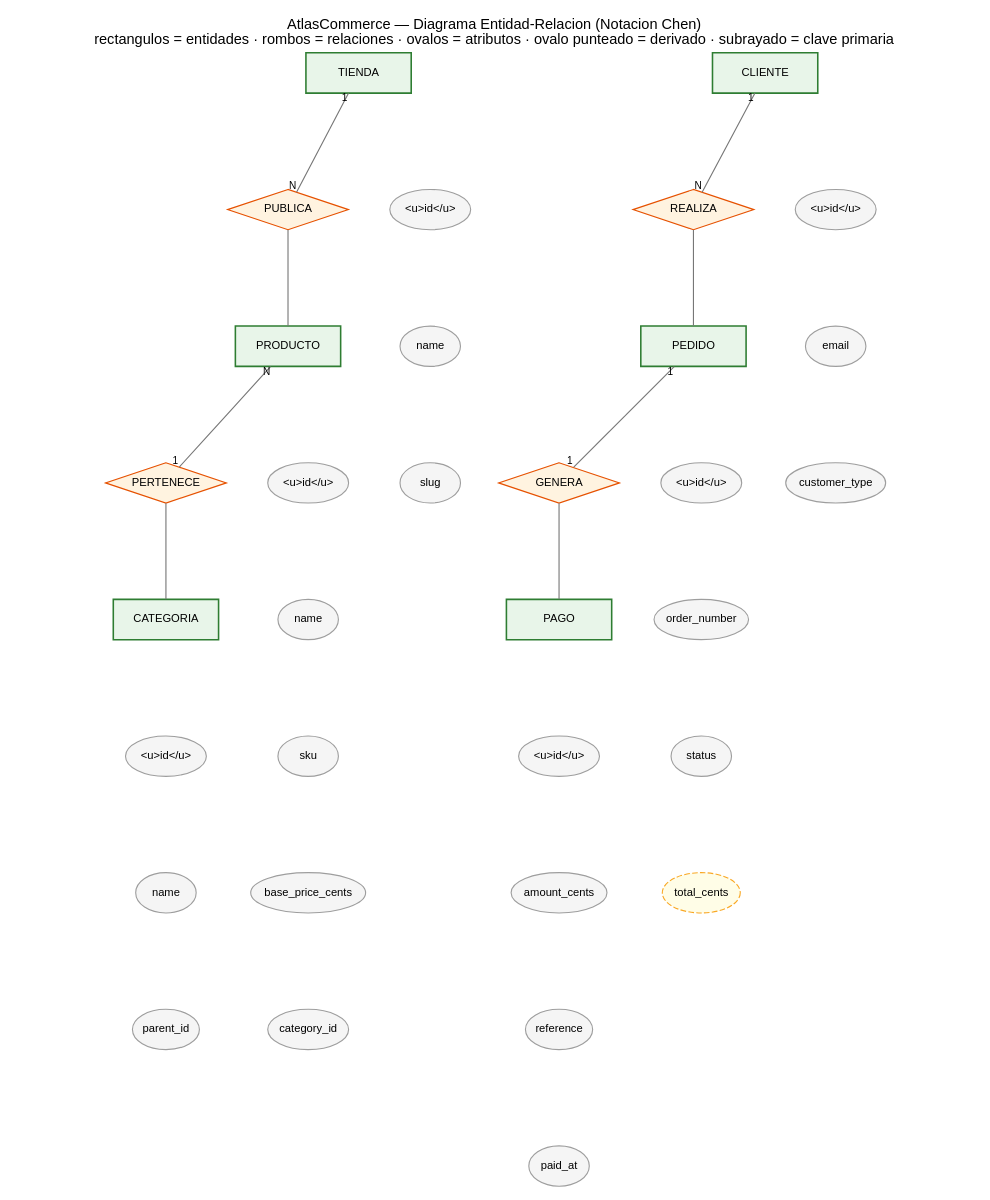
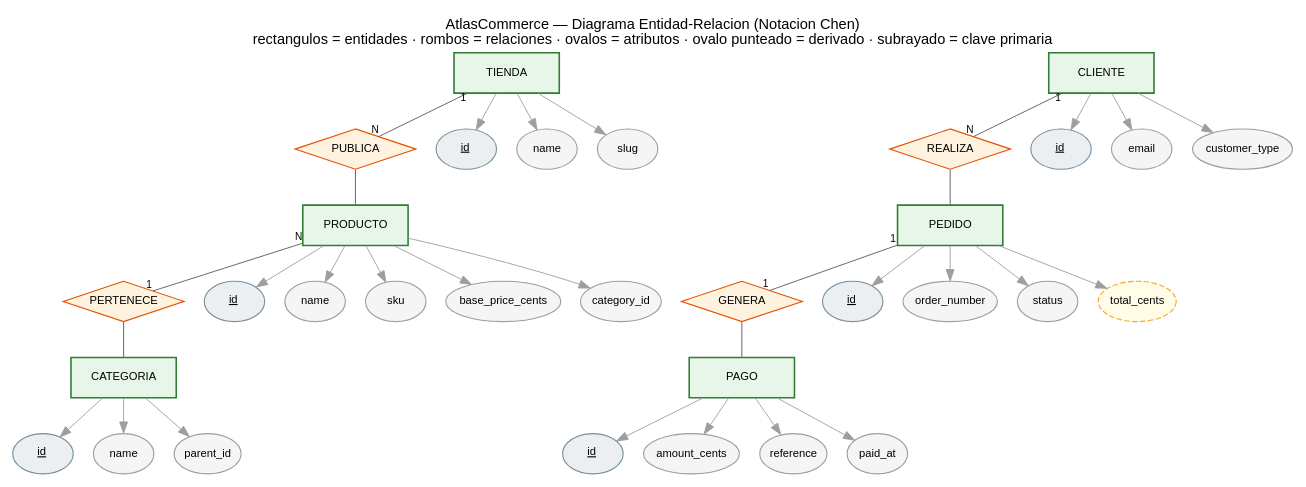
One commit to D4nitrix13/AtlasCommerce changed the diagram in docs/uml/9.3-diagrama-chen.dot. Above: the diagram before and after it, drawn with Graphviz.

Commit message:
fix(uml): conectar los atributos a sus entidades en el diagrama Chen
El render anterior era ilegible por dos defectos:

1. Las claves primarias salian como texto literal "&lt;u&gt;id&lt;/u&gt;". En DOT
   la etiqueta HTML va SIN comillas: label=<<u>id</u>>. Ahora graphviz emite
   text-decoration="underline" y la PK se ve subrayada, como manda Chen.

2. Los atributos no estaban unidos a su entidad. Estaban encadenados entre si
   (t_name unido a t_id) y con aristas invisibles, asi que quedaban flotando
   sueltos a cientos de puntos de distancia: un dibujo sin sentido. En Chen
   cada ovalo va unido a SU entidad, en abanico. Ahora son 22 aristas
   entidad->atributo, todas visibles.

Medido sobre el SVG: cada atributo cae a 72 pt de su entidad.

```diff
--- a/docs/uml/9.3-diagrama-chen.dot
+++ b/docs/uml/9.3-diagrama-chen.dot
@@ -1,118 +1,119 @@
 // Diagrama Entidad-Relacion en Notacion Chen
 // AtlasCommerce — nucleo de 6 entidades
 //
 // Notacion Chen: rectangulo = entidad · rombo = relacion · ovalo = atributo
 // Ovalo punteado = atributo derivado · texto subrayado = clave primaria
-// Cardinalidad 1:N escrita como "1" junto a la entidad padre y "N" junto a la hija
+// Cardinalidad "1" junto a la entidad padre y "N" junto a la hija
 //
 // Fuente de verdad de los nombres de columna: backend/database/migrations/
 //   stores, categories, products, customers, orders, payments
 //
 // Render:
 //   dot -Tsvg docs/uml/9.3-diagrama-chen.dot -o docs/uml/build/svg-simple/9.3-diagrama-chen.svg
 //   dot -Tpdf docs/uml/9.3-diagrama-chen.dot -o docs/uml/build/pdf-simple/9.3-diagrama-chen.pdf
 
 digraph Chen {
   rankdir=TB;
   graph [
     fontname="Helvetica",
     fontsize=13,
     labelloc=t,
     label="AtlasCommerce — Diagrama Entidad-Relacion (Notacion Chen)\nrectangulos = entidades · rombos = relaciones · ovalos = atributos · ovalo punteado = derivado · subrayado = clave primaria",
-    nodesep=0.14,
-    ranksep=1.2,
-    newrank=true,
-    ratio=1.4
+    nodesep=0.25,
+    ranksep=0.45
   ];
   node [fontname="Helvetica", fontsize=10, margin="0.06,0.03"];
-  edge [fontname="Helvetica", fontsize=9, color="#777777", arrowsize=0.6];
+  edge [fontname="Helvetica", fontsize=9, color="#9e9e9e", penwidth=0.8];
 
   // ============================================================
   // ENTIDADES (rectangulos verdes)
   // ============================================================
   TIENDA    [shape=box, style=filled, fillcolor="#e8f5e9", color="#2e7d32", penwidth=1.4, width=1.3, label="TIENDA"];
   CATEGORIA [shape=box, style=filled, fillcolor="#e8f5e9", color="#2e7d32", penwidth=1.4, width=1.3, label="CATEGORIA"];
   PRODUCTO  [shape=box, style=filled, fillcolor="#e8f5e9", color="#2e7d32", penwidth=1.4, width=1.3, label="PRODUCTO"];
   CLIENTE   [shape=box, style=filled, fillcolor="#e8f5e9", color="#2e7d32", penwidth=1.4, width=1.3, label="CLIENTE"];
   PEDIDO    [shape=box, style=filled, fillcolor="#e8f5e9", color="#2e7d32", penwidth=1.4, width=1.3, label="PEDIDO"];
   PAGO      [shape=box, style=filled, fillcolor="#e8f5e9", color="#2e7d32", penwidth=1.4, width=1.3, label="PAGO"];
 
   // ============================================================
-  // RELACIONES (rombos naranjas)
+  // RELACIONES (rombos naranjas) con cardinalidad
   // ============================================================
   PUBLICA   [shape=diamond, style=filled, fillcolor="#fff3e0", color="#e65100", width=1.5, label="PUBLICA"];
   PERTENECE [shape=diamond, style=filled, fillcolor="#fff3e0", color="#e65100", width=1.5, label="PERTENECE"];
   REALIZA   [shape=diamond, style=filled, fillcolor="#fff3e0", color="#e65100", width=1.5, label="REALIZA"];
   GENERA    [shape=diamond, style=filled, fillcolor="#fff3e0", color="#e65100", width=1.5, label="GENERA"];
 
-  // ============================================================
-  // RELACIONES Y CARDINALIDAD
-  // ============================================================
-  TIENDA    -> PUBLICA   [taillabel="1", headlabel="N", arrowhead=none];
-  PUBLICA   -> PRODUCTO  [arrowhead=none];
+  TIENDA    -> PUBLICA   [taillabel="1", headlabel="N", arrowhead=none, color="#555555"];
+  PUBLICA   -> PRODUCTO  [arrowhead=none, color="#555555"];
 
-  PRODUCTO  -> PERTENECE [taillabel="N", headlabel="1", arrowhead=none];
-  PERTENECE -> CATEGORIA [arrowhead=none];
+  PRODUCTO  -> PERTENECE [taillabel="N", headlabel="1", arrowhead=none, color="#555555"];
+  PERTENECE -> CATEGORIA [arrowhead=none, color="#555555"];
 
-  CLIENTE   -> REALIZA   [taillabel="1", headlabel="N", arrowhead=none];
-  REALIZA   -> PEDIDO    [arrowhead=none];
+  CLIENTE   -> REALIZA   [taillabel="1", headlabel="N", arrowhead=none, color="#555555"];
+  REALIZA   -> PEDIDO    [arrowhead=none, color="#555555"];
 
-  PEDIDO    -> GENERA    [taillabel="1", headlabel="1", arrowhead=none];
-  GENERA    -> PAGO      [arrowhead=none];
+  PEDIDO    -> GENERA    [taillabel="1", headlabel="1", arrowhead=none, color="#555555"];
+  GENERA    -> PAGO      [arrowhead=none, color="#555555"];
 
   // ============================================================
-  // ATRIBUTOS (ovales grises), apilados bajo su entidad
+  // ATRIBUTOS (ovales). Conectados a su entidad con linea visible:
+  // en Chen el ovalo SI va unido a la entidad.
   // ============================================================
-  TIENDA    -> t_id  -> t_name -> t_slug            [style=invis];
-  CATEGORIA -> c_id  -> c_name -> c_parent          [style=invis];
-  PRODUCTO  -> p_id  -> p_name -> p_sku -> p_price -> p_cat [style=invis];
-  CLIENTE   -> cl_id -> cl_mail -> cl_type          [style=invis];
-  PEDIDO    -> pe_id -> pe_num -> pe_status -> pe_total [style=invis];
-  PAGO      -> pg_id -> pg_amt -> pg_ref -> pg_paid [style=invis];
+  // En Chen cada atributo se une A LA ENTIDAD, en abanico. No se encadenan
+  // entre si: unir t_name a t_id seria un modelo distinto.
+  TIENDA    -> t_id;  TIENDA    -> t_name; TIENDA    -> t_slug;
+  CATEGORIA -> c_id;  CATEGORIA -> c_name; CATEGORIA -> c_parent;
+  PRODUCTO  -> p_id;  PRODUCTO  -> p_name; PRODUCTO  -> p_sku;
+  PRODUCTO  -> p_price; PRODUCTO -> p_cat;
+  CLIENTE   -> cl_id; CLIENTE   -> cl_mail; CLIENTE -> cl_type;
+  PEDIDO    -> pe_id; PEDIDO    -> pe_num; PEDIDO    -> pe_status;
+  PEDIDO    -> pe_total;
+  PAGO      -> pg_id; PAGO      -> pg_amt; PAGO      -> pg_ref;
+  PAGO      -> pg_paid;
 
   // ============================================================
   // ATRIBUTOS DE TIENDA
   // ============================================================
-  t_id   [shape=ellipse, style=filled, fillcolor="#f5f5f5", color="#9e9e9e", label="<u>id</u>"];
+  t_id   [shape=ellipse, style=filled, fillcolor="#eceff1", color="#78909c", label=<<u>id</u>>];
   t_name [shape=ellipse, style=filled, fillcolor="#f5f5f5", color="#9e9e9e", label="name"];
   t_slug [shape=ellipse, style=filled, fillcolor="#f5f5f5", color="#9e9e9e", label="slug"];
 
   // ============================================================
   // ATRIBUTOS DE CATEGORIA
   // ============================================================
-  c_id     [shape=ellipse, style=filled, fillcolor="#f5f5f5", color="#9e9e9e", label="<u>id</u>"];
+  c_id     [shape=ellipse, style=filled, fillcolor="#eceff1", color="#78909c", label=<<u>id</u>>];
   c_name   [shape=ellipse, style=filled, fillcolor="#f5f5f5", color="#9e9e9e", label="name"];
   c_parent [shape=ellipse, style=filled, fillcolor="#f5f5f5", color="#9e9e9e", label="parent_id"];
 
   // ============================================================
   // ATRIBUTOS DE PRODUCTO
   // ============================================================
-  p_id     [shape=ellipse, style=filled, fillcolor="#f5f5f5", color="#9e9e9e", label="<u>id</u>"];
+  p_id     [shape=ellipse, style=filled, fillcolor="#eceff1", color="#78909c", label=<<u>id</u>>];
   p_name   [shape=ellipse, style=filled, fillcolor="#f5f5f5", color="#9e9e9e", label="name"];
   p_sku    [shape=ellipse, style=filled, fillcolor="#f5f5f5", color="#9e9e9e", label="sku"];
   p_price  [shape=ellipse, style=filled, fillcolor="#f5f5f5", color="#9e9e9e", label="base_price_cents"];
   p_cat    [shape=ellipse, style=filled, fillcolor="#f5f5f5", color="#9e9e9e", label="category_id"];
 
   // ============================================================
   // ATRIBUTOS DE CLIENTE
   // ============================================================
-  cl_id   [shape=ellipse, style=filled, fillcolor="#f5f5f5", color="#9e9e9e", label="<u>id</u>"];
+  cl_id   [shape=ellipse, style=filled, fillcolor="#eceff1", color="#78909c", label=<<u>id</u>>];
   cl_mail [shape=ellipse, style=filled, fillcolor="#f5f5f5", color="#9e9e9e", label="email"];
   cl_type [shape=ellipse, style=filled, fillcolor="#f5f5f5", color="#9e9e9e", label="customer_type"];
 
   // ============================================================
-  // ATRIBUTOS DE PEDIDO (total_cents es DERIVADO: se calcula de las lineas)
+  // ATRIBUTOS DE PEDIDO (total_cents es DERIVADO de las lineas)
   // ============================================================
-  pe_id     [shape=ellipse, style=filled, fillcolor="#f5f5f5", color="#9e9e9e", label="<u>id</u>"];
+  pe_id     [shape=ellipse, style=filled, fillcolor="#eceff1", color="#78909c", label=<<u>id</u>>];
   pe_num    [shape=ellipse, style=filled, fillcolor="#f5f5f5", color="#9e9e9e", label="order_number"];
   pe_status [shape=ellipse, style=filled, fillcolor="#f5f5f5", color="#9e9e9e", label="status"];
   pe_total  [shape=ellipse, style="filled,dashed", fillcolor="#fffde7", color="#f9a825", label="total_cents"];
 
   // ============================================================
   // ATRIBUTOS DE PAGO
   // ============================================================
-  pg_id   [shape=ellipse, style=filled, fillcolor="#f5f5f5", color="#9e9e9e", label="<u>id</u>"];
+  pg_id   [shape=ellipse, style=filled, fillcolor="#eceff1", color="#78909c", label=<<u>id</u>>];
   pg_amt  [shape=ellipse, style=filled, fillcolor="#f5f5f5", color="#9e9e9e", label="amount_cents"];
   pg_ref  [shape=ellipse, style=filled, fillcolor="#f5f5f5", color="#9e9e9e", label="reference"];
   pg_paid [shape=ellipse, style=filled, fillcolor="#f5f5f5", color="#9e9e9e", label="paid_at"];
 }
```
